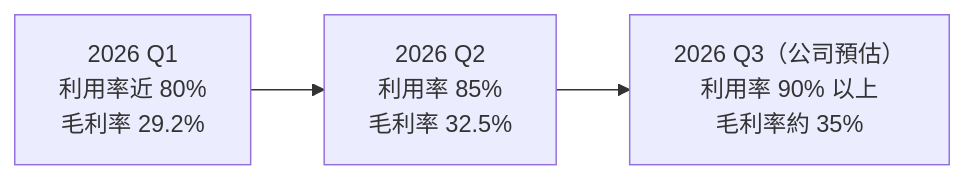
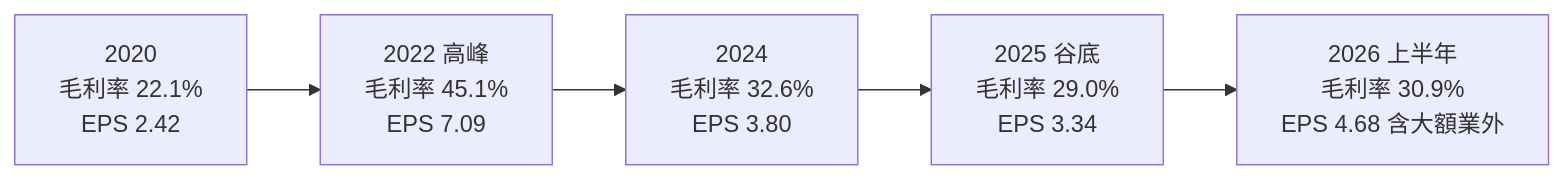
Before and after one commit to wangnick1004/taiwan-stock-vault: the third of 4 diagrams in 個股/台股/2303聯電.md, drawn with Mermaid. The commit also changed other lines of this file and 16 other files, not shown here.

````diff
--- a/個股/台股/2303聯電.md
+++ b/個股/台股/2303聯電.md
@@ -138,4 +144,4 @@
 ```mermaid
 flowchart LR
-    Q1["2026 Q1<br/>利用率近 80%<br/>毛利率 29.2%"] --> Q2["2026 Q2<br/>利用率 85%<br/>毛利率 32.5%"] --> Q3["2026 Q3（公司預估）<br/>利用率 90% 以上<br/>毛利率約 35%"]
+    Y20["2020<br/>毛利率 22.1%<br/>EPS 2.42"] --> Y22["2022 高峰<br/>毛利率 45.1%<br/>EPS 7.09"] --> Y24["2024<br/>毛利率 32.6%<br/>EPS 3.80"] --> Y25["2025 谷底<br/>毛利率 29.0%<br/>EPS 3.34"] --> H26["2026 上半年<br/>毛利率 30.9%<br/>EPS 4.68 含大額業外"]
 ```
````
